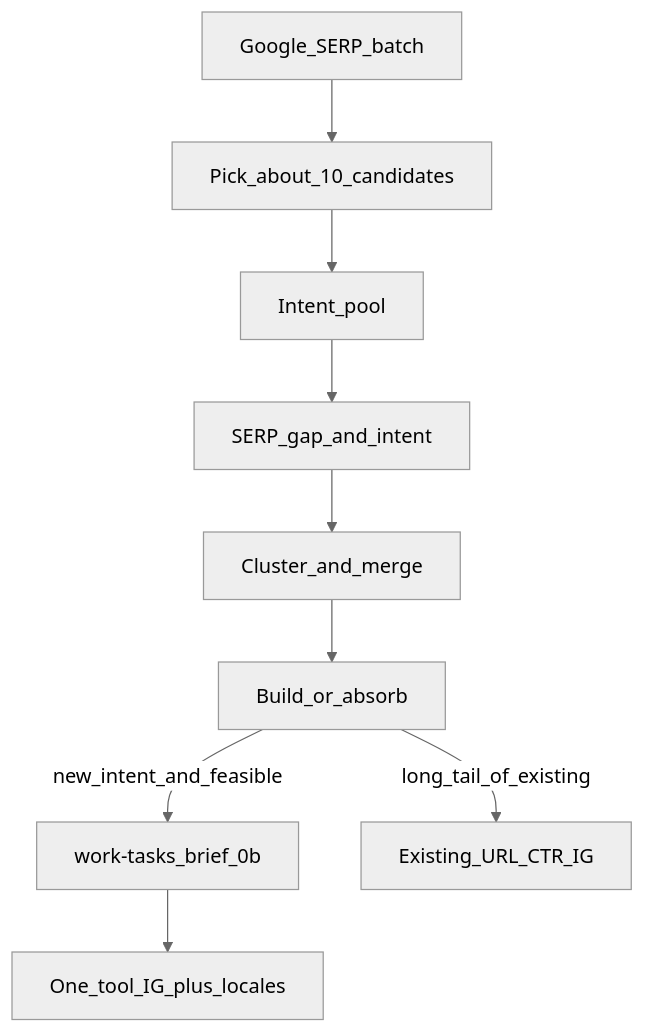
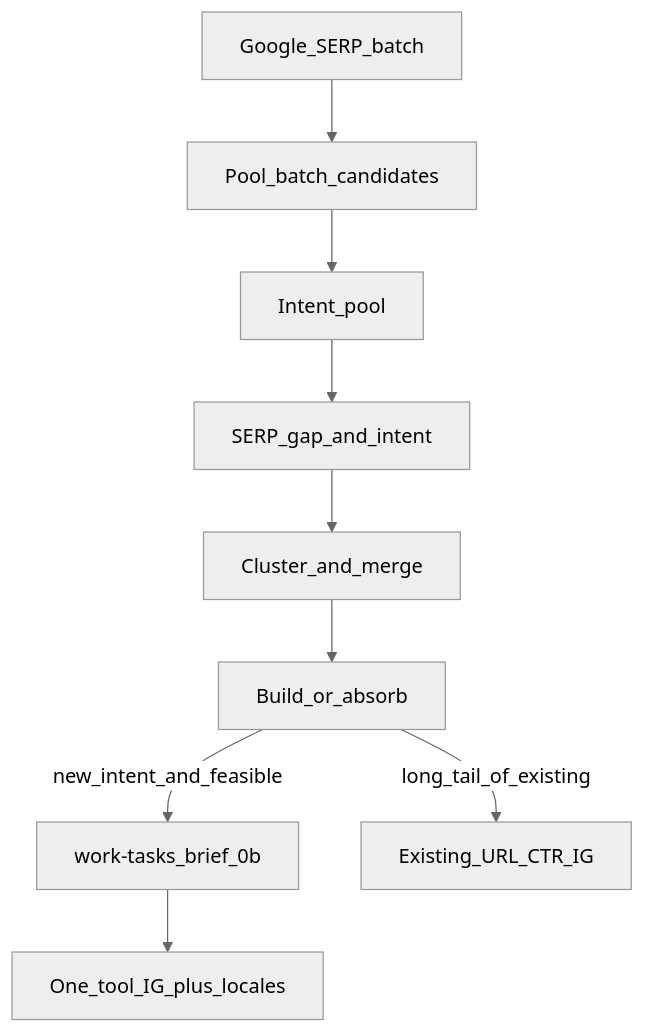
Before and after one commit to matthewdailytools/onlinefreetools: the diagram in docs/seo/keyword-to-tool-funnel.md, drawn with Mermaid (neutral theme). The commit also changed other lines of this file and 150 other files, not shown here.

````diff
--- a/docs/seo/keyword-to-tool-funnel.md
+++ b/docs/seo/keyword-to-tool-funnel.md
@@ -42,21 +43,21 @@
 ```mermaid
 flowchart TD
   serpBatch[Google_SERP_batch]
-  pick10[Pick_about_10_candidates]
+  pickCandidates[Pool_batch_candidates]
   pool[Intent_pool]
   analyze[SERP_gap_and_intent]
   merge[Cluster_and_merge]
   gate[Build_or_absorb]
   brief[work-tasks_brief_0b]
   ship[One_tool_IG_plus_locales]
   harvest[Existing_URL_CTR_IG]
 
-  serpBatch --> pick10
-  pick10 --> pool
+  serpBatch --> pickCandidates
+  pickCandidates --> pool
   pool --> analyze
   analyze --> merge
   merge --> gate
   gate -->|new_intent_and_feasible| brief
   brief --> ship
   gate -->|long_tail_of_existing| harvest
 ```
````
